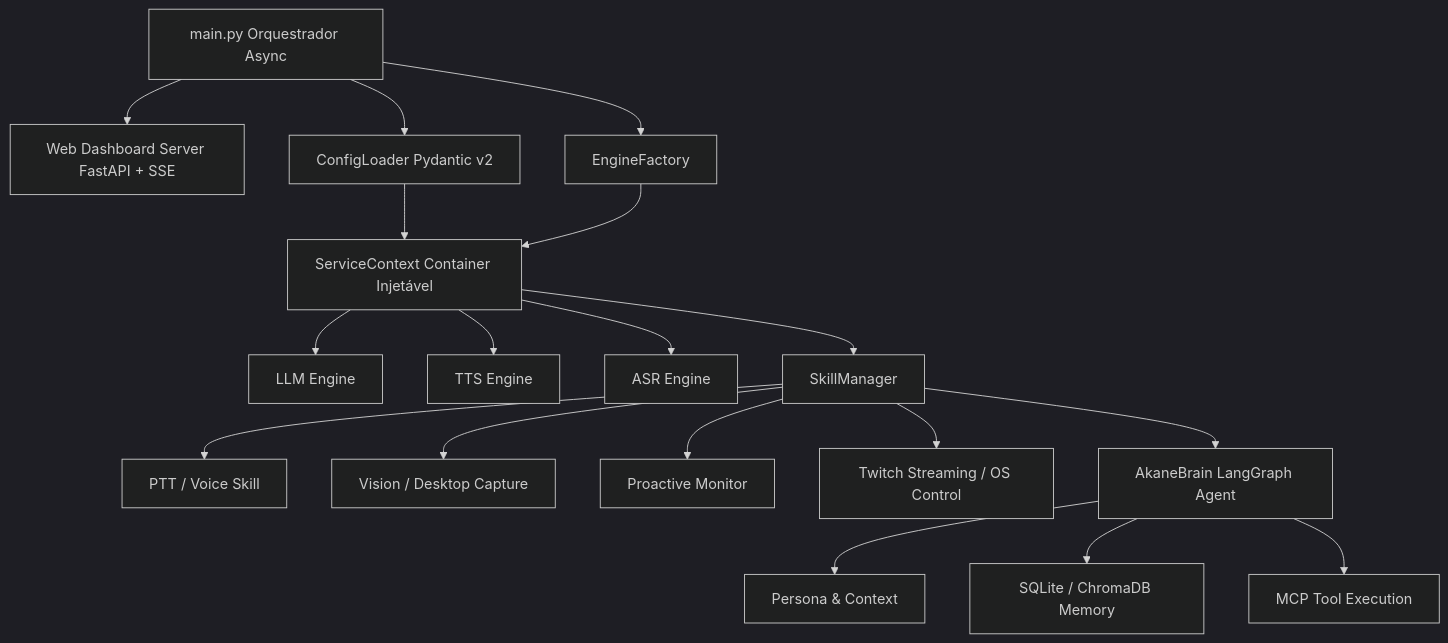
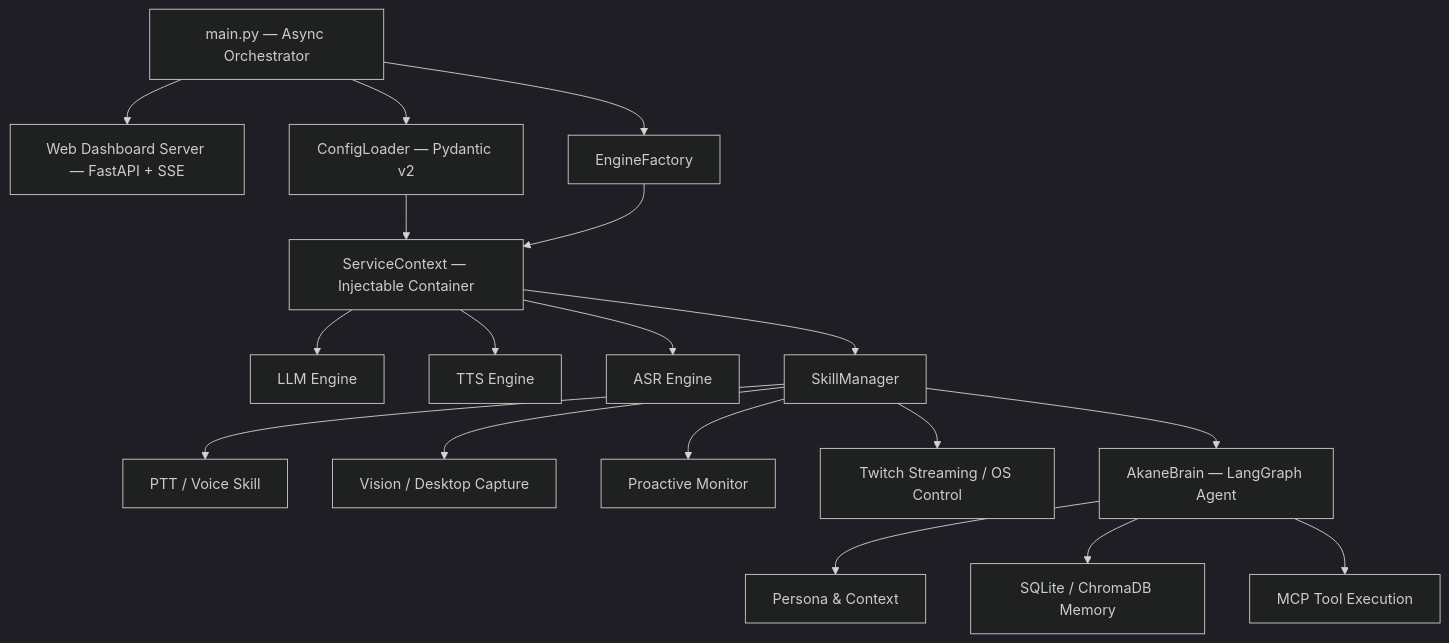
Before and after one commit to nadezhdkov/AkaneDen: the diagram in README.md, drawn with Mermaid (dark theme). The commit also changed other lines of this file, not shown here.

````diff
--- a/README.md
+++ b/README.md
@@ -50,24 +49,24 @@
 ```mermaid
 graph TD
-    A[main.py Orquestrador Async] --> B[Web Dashboard Server FastAPI + SSE]
-    A --> C[ConfigLoader Pydantic v2]
+    A[main.py — Async Orchestrator] --> B[Web Dashboard Server — FastAPI + SSE]
+    A --> C[ConfigLoader — Pydantic v2]
     A --> D[EngineFactory]
-    
-    C --> E[ServiceContext Container Injetável]
+
+    C --> E[ServiceContext — Injectable Container]
     D --> E
-    
+
     E --> F[LLM Engine]
     E --> G[TTS Engine]
     E --> H[ASR Engine]
-    
+
     E --> I[SkillManager]
     I --> J[PTT / Voice Skill]
     I --> K[Vision / Desktop Capture]
     I --> L[Proactive Monitor]
     I --> M[Twitch Streaming / OS Control]
-    
-    I --> N[AkaneBrain LangGraph Agent]
+
+    I --> N[AkaneBrain — LangGraph Agent]
     N --> O[Persona & Context]
     N --> P[SQLite / ChromaDB Memory]
     N --> Q[MCP Tool Execution]
 ```
````
